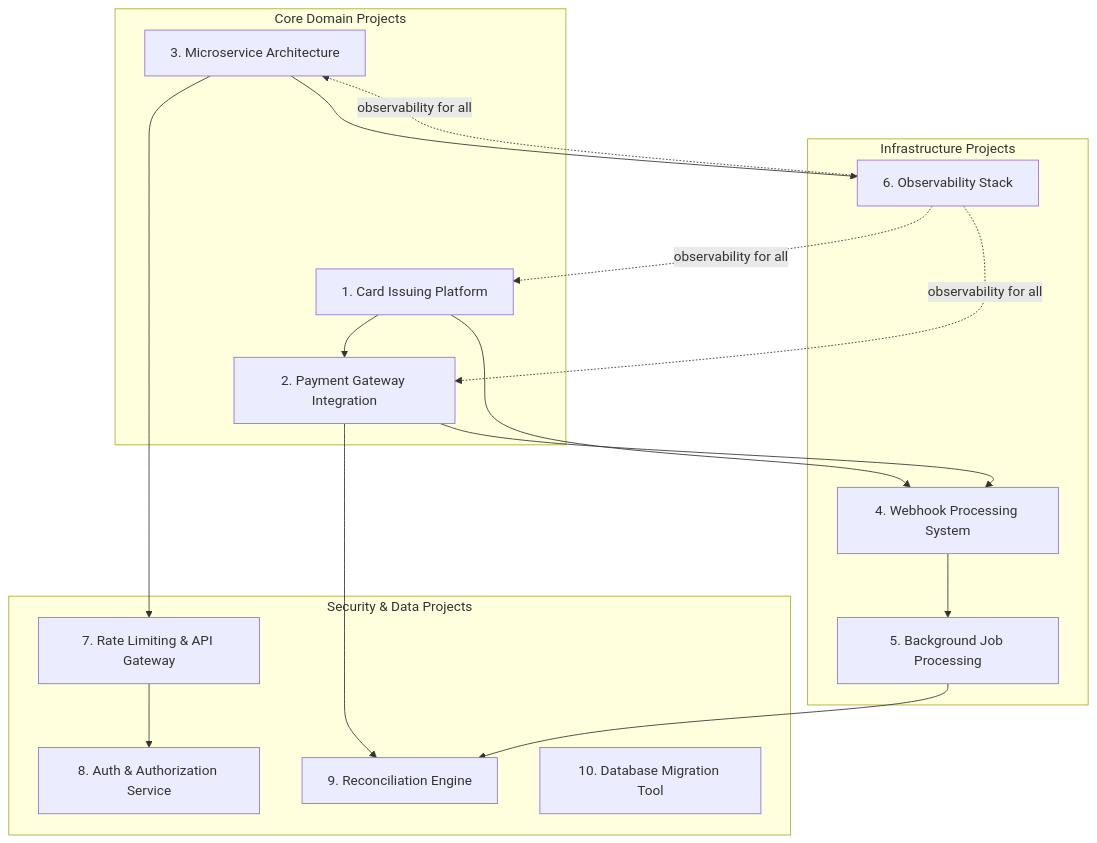
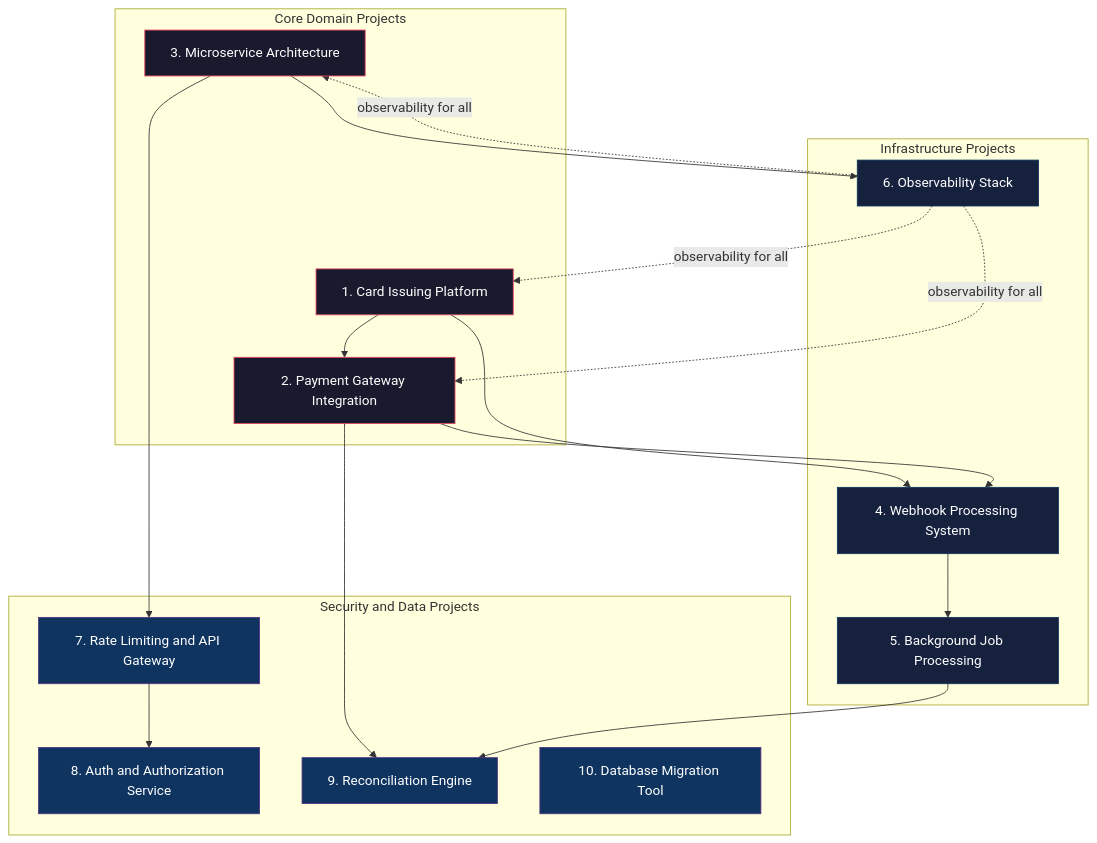
The first of 12 diagrams in content/docs/portfolio-preparation-guide-for-backend-engineer-at-straitsx.md (6066606/u), drawn with Mermaid before and after one commit. The commit also changed other lines of this file and 1 other file, not shown here.

````diff
--- a/content/docs/portfolio-preparation-guide-for-backend-engineer-at-straitsx.md
+++ b/content/docs/portfolio-preparation-guide-for-backend-engineer-at-straitsx.md
@@ -71,35 +71,45 @@
 ```mermaid
 graph TB
     subgraph "Core Domain Projects"
         P1["1. Card Issuing Platform"]
         P2["2. Payment Gateway Integration"]
         P3["3. Microservice Architecture"]
     end
 
     subgraph "Infrastructure Projects"
         P4["4. Webhook Processing System"]
         P5["5. Background Job Processing"]
         P6["6. Observability Stack"]
     end
 
-    subgraph "Security & Data Projects"
-        P7["7. Rate Limiting & API Gateway"]
-        P8["8. Auth & Authorization Service"]
+    subgraph "Security and Data Projects"
+        P7["7. Rate Limiting and API Gateway"]
+        P8["8. Auth and Authorization Service"]
         P9["9. Reconciliation Engine"]
         P10["10. Database Migration Tool"]
     end
 
     P1 --> P2
     P1 --> P4
     P2 --> P4
     P2 --> P9
     P3 --> P6
     P3 --> P7
     P4 --> P5
     P5 --> P9
     P7 --> P8
     P6 -.->|"observability for all"| P1
     P6 -.->|"observability for all"| P2
     P6 -.->|"observability for all"| P3
 
+    style P1 fill:#1a1a2e,stroke:#e94560,color:#fff
+    style P2 fill:#1a1a2e,stroke:#e94560,color:#fff
+    style P3 fill:#1a1a2e,stroke:#e94560,color:#fff
+    style P4 fill:#16213e,stroke:#0f3460,color:#fff
+    style P5 fill:#16213e,stroke:#0f3460,color:#fff
+    style P6 fill:#16213e,stroke:#0f3460,color:#fff
+    style P7 fill:#0f3460,stroke:#533483,color:#fff
+    style P8 fill:#0f3460,stroke:#533483,color:#fff
+    style P9 fill:#0f3460,stroke:#533483,color:#fff
+    style P10 fill:#0f3460,stroke:#533483,color:#fff
 ```
````
